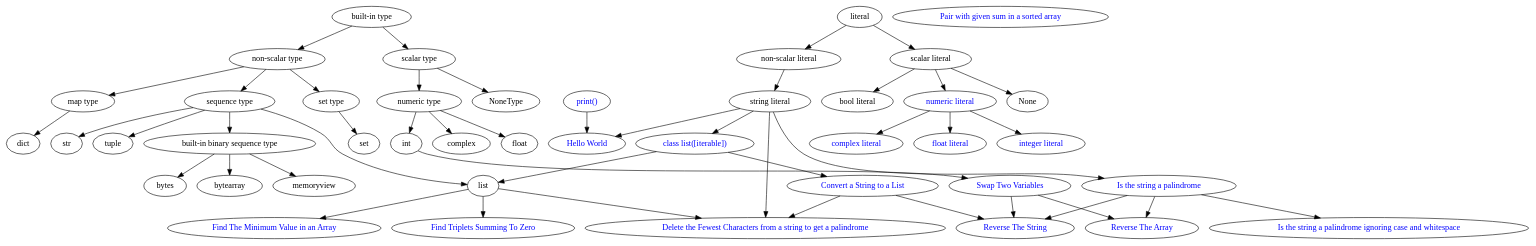
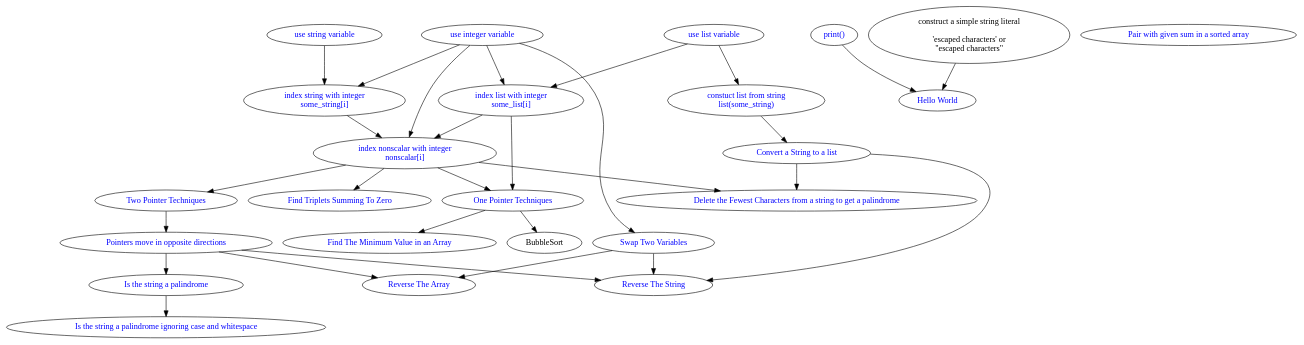
The diagram in .dsa-dependency-graph/dsa-dependency-graph.dot (pflagerd/python-language-feature-family-tree), drawn with Graphviz before and after one commit. The commit also changed 1 other file, not shown here.

```diff
--- a/.dsa-dependency-graph/dsa-dependency-graph.dot
+++ b/.dsa-dependency-graph/dsa-dependency-graph.dot
@@ -1,97 +1,72 @@
+#
+# An edge goes from A to B.
+# The edge and its nodes may be read as "You must know A before you can do B".
+# So <code>builtin_function_print -> HelloWorld</code> may be read "You must know (the print() built-in function) before you can do (HelloWorld)
+#
+#
 strict digraph {
-#    bool [label="bool"]
-#    binary_integer_literal [label="binary integer literal" href="https://docs.python.org/3/reference/lexical_analysis.html#:~:text=bininteger%20%20%20%3A%3A%3D%20%220%22%20(%22b%22%20%7C%20%22B%22)%20(%5B%22_%22%5D%20bindigit)%2B" target="_blank" fontcolor="blue"]
-    builtin_binary_sequence_type [label="built-in binary sequence type"]
-    builtin_class_list_constructor [label="class list([iterable])" href="https://docs.python.org/3/library/stdtypes.html#list" target="_blank" fontcolor="blue"]
+#    construct_list_from_iterable [label="variable([iterable])" href="https://docs.python.org/3/library/stdtypes.html#list" target="_blank" fontcolor="blue"]
+    construct_list_from_string [label="constuct list from string\nlist(some_string)" href="https://docs.python.org/3/library/stdtypes.html#list" target="_blank" fontcolor="blue"]
     builtin_function_print [label="print()" href="https://docs.python.org/3/library/stdtypes.html#list" target="_blank" fontcolor="blue"]
-    builtin_literal [label="literal"]
-    builtin_map_type [label="map type"]
-    builtin_nonscalar_literal [label="non-scalar literal"]
-    builtin_nonscalar_literal_string [label="string literal"]
-    builtin_nonscalar_type [label="non-scalar type"]
-    builtin_scalar_literal [label="scalar literal"]
-    builtin_scalar_literal_bool [label="bool literal"]
-    builtin_scalar_literal_numeric [label="numeric literal" href="https://docs.python.org/3/reference/lexical_analysis.html#numeric-literals" target="_blank" fontcolor="blue"]
-    builtin_scalar_literal_numeric_complex [label="complex literal" href="https://docs.python.org/3/reference/lexical_analysis.html#imaginary-literals" target="_blank" fontcolor="blue"]
-    builtin_scalar_literal_numeric_float [label="float literal" href="https://docs.python.org/3/reference/lexical_analysis.html#floating-point-literals" target="_blank" fontcolor="blue"]
-    builtin_scalar_literal_numeric_int [label="integer literal" href="https://docs.python.org/3/reference/lexical_analysis.html#integer-literals" target="_blank" fontcolor="blue"]
-    builtin_scalar_literal_None [label="None"]
-    builtin_scalar_type [label="scalar type"]
-    builtin_scalar_numeric_type [label="numeric type"]
-    builtin_sequence_type [label="sequence type"]
-    builtin_set_type [label="set type"]
-    builtin_type [label="built-in type"]
-    ConvertStringToList [label="Convert a String to a List" href="https://docs.python.org/3/reference/lexical_analysis.html#numeric-literals" target="_blank" fontcolor="blue"]
-    complex [label="complex"]
-#    decimal_integer_literal [label="decimal integer literal" href="https://docs.python.org/3/reference/lexical_analysis.html#:~:text=decinteger%20%20%20%3A%3A%3D%20nonzerodigit%20(%5B%22_%22%5D%20digit)*%20%7C%20%220%22%2B%20(%5B%22_%22%5D%20%220%22)*" target="_blank" fontcolor="blue"]
+    integer_variable [label="use integer variable" href="" target="_blank" fontcolor="blue"]
+    builtin_nonscalar_literal_unmodified_string [label="construct a simple string literal\n\n'escaped characters' or\n\"escaped characters\""]
+#    builtin_scalar_literal_bool [label="bool literal"]
+#    builtin_scalar_literal_numeric_float [label="float literal" href="https://docs.python.org/3/reference/lexical_analysis.html#floating-point-literals" target="_blank" fontcolor="blue"]
+#    builtin_scalar_literal_numeric_int [label="integer literal" href="https://docs.python.org/3/reference/lexical_analysis.html#integer-literals" target="_blank" fontcolor="blue"]
+#    builtin_scalar_literal_None [label="None"]
+#    builtin_map_type [label="map"]
+#    builtin_set_type [label="set"]
+    BubbleSort
+    ConvertStringToList [label="Convert a String to a list" href="https://docs.python.org/3/reference/lexical_analysis.html#numeric-literals" target="_blank" fontcolor="blue"]
+#    complex [label="complex"]
     DeleteFewestCharactersFromStringToGetPalindrome [label="Delete the Fewest Characters from a string to get a palindrome" href="./dsa/DeleteFewestCharactersFromStringToGetPalindrome" target="_blank" fontcolor="blue"]
-    float [label="float"]
+#    float [label="float"]
     FindTheMinimum [label="Find The Minimum Value in an Array" href="./dsa/FindTheMinimum/problem.html" target="_blank" fontcolor="blue"]
     FindTripletsSummingToZero [label="Find Triplets Summing To Zero" href="./dsa/FindTripletsSummingToZero/problem.html" target="_blank" fontcolor="blue"]
-    hello_world [label="Hello World" href="HelloWorld/problem.html" target="_blank" fontcolor="blue"]
-#    hexadecimal_integer_literal [label="hexadecimal integer literal" href="https://docs.python.org/3/reference/lexical_analysis.html#:~:text=hexinteger%20%20%20%3A%3A%3D%20%220%22%20(%22x%22%20%7C%20%22X%22)%20(%5B%22_%22%5D%20hexdigit)%2B" target="_blank" fontcolor="blue"]
-    int [label="int"]
+    HelloWorld [label="Hello World" href="HelloWorld/problem.html" target="_blank" fontcolor="blue"]
+    integer_indexing [label="index nonscalar with integer\nnonscalar[i]" href="" target="_blank" fontcolor="blue"]
     IsTheStringAPalindrome [label="Is the string a palindrome" href="./dsa/IsTheStringAPalindrome/problem.html" target="_blank" fontcolor="blue"]
     IsTheStringAPalindromeIgnoringCaseAndWhiteSpace [label="Is the string a palindrome ignoring case and whitespace" href="./dsa/IsTheStringAPalindromeIgnoringCaseAndWhiteSpace/problem.html" target="_blank" fontcolor="blue"]
-    NoneType [label="NoneType"]
-#    octal_integer_literal [label="octal integer literal" href="https://docs.python.org/3/reference/lexical_analysis.html#:~:text=octinteger%20%20%20%3A%3A%3D%20%220%22%20(%22o%22%20%7C%20%22O%22)%20(%5B%22_%22%5D%20octdigit)%2B" target="_blank" fontcolor="blue"]
+    list_integer_indexing [label="index list with integer\nsome_list[i]" href="" target="_blank" fontcolor="blue"]
+    list_variable [label="use list variable" href="" target="_blank" fontcolor="blue"]
+    one_pointer_techniques [label="One Pointer Techniques" href="" target="_blank" fontcolor="blue"]
     PairWithGivenSumInASortedArray [label="Pair with given sum in a sorted array" href="./dsa/PairWithGivenSumInASortedArray/problem.html" target="_blank" fontcolor="blue"]
+    pointers_move_in_opposite_directions [label="Pointers move in opposite directions" href="" target="_blank" fontcolor="blue"]
     ReverseTheArray [label="Reverse The Array" href="./dsa/ReverseTheArray/problem.html" target="_blank" fontcolor="blue"]
     ReverseTheString [label="Reverse The String" href="./dsa/ReverseTheString/problem.html" target="_blank" fontcolor="blue"]
     SwapTwoVariables [label="Swap Two Variables" href="./dsa/SwapTwoVariables/problem.html" target="_blank" fontcolor="blue"]
+    string_integer_indexing [label="index string with integer\nsome_string[i]" href="" target="_blank" fontcolor="blue"]
+    string_variable [label="use string variable" href="" target="_blank" fontcolor="blue"]
+    two_pointer_techniques [label="Two Pointer Techniques" href="" target="_blank" fontcolor="blue"]
 
-    builtin_binary_sequence_type -> bytes
-    builtin_binary_sequence_type -> bytearray
-    builtin_binary_sequence_type -> memoryview
-    builtin_class_list_constructor -> list
-    builtin_class_list_constructor -> ConvertStringToList
-    builtin_function_print -> hello_world
-    builtin_literal -> builtin_nonscalar_literal
-    builtin_literal -> builtin_scalar_literal
-    builtin_map_type -> dict
-    builtin_nonscalar_type -> builtin_sequence_type
-    builtin_nonscalar_type -> builtin_sequence_type
-    builtin_nonscalar_type -> builtin_set_type
-    builtin_nonscalar_type -> builtin_map_type
-    builtin_nonscalar_literal -> builtin_nonscalar_literal_string
-    builtin_nonscalar_literal_string -> builtin_class_list_constructor
-    builtin_nonscalar_literal_string -> DeleteFewestCharactersFromStringToGetPalindrome
-    builtin_nonscalar_literal_string -> hello_world
-    builtin_nonscalar_literal_string -> IsTheStringAPalindrome
-    builtin_scalar_literal -> builtin_scalar_literal_bool
-    builtin_scalar_literal -> builtin_scalar_literal_numeric
-    builtin_scalar_literal -> builtin_scalar_literal_None
-    builtin_scalar_literal_numeric -> builtin_scalar_literal_numeric_complex
-    builtin_scalar_literal_numeric -> builtin_scalar_literal_numeric_float
-    builtin_scalar_literal_numeric -> builtin_scalar_literal_numeric_int
-#    builtin_scalar_literal_numeric_int -> binary_integer_literal
-#    builtin_scalar_literal_numeric_int -> decimal_integer_literal
-#    builtin_scalar_literal_numeric_int -> hexadecimal_integer_literal
-#    builtin_scalar_literal_numeric_int -> octal_integer_literal
-    builtin_scalar_numeric_type -> complex
-    builtin_scalar_numeric_type -> float
-    builtin_scalar_numeric_type -> int
-#    builtin_scalar_type -> bool
-    builtin_scalar_type -> builtin_scalar_numeric_type
-    builtin_scalar_type -> NoneType
-    builtin_sequence_type -> list
-#    builtin_sequence_type -> range
-    builtin_sequence_type -> str
-    builtin_sequence_type -> tuple
-    builtin_sequence_type -> builtin_binary_sequence_type
-    builtin_set_type -> set
-#    builtin_set_type -> frozenset
-    builtin_type -> builtin_scalar_type
-    builtin_type -> builtin_nonscalar_type
+    construct_list_from_string -> ConvertStringToList
+    builtin_function_print -> HelloWorld
+    builtin_nonscalar_literal_unmodified_string -> HelloWorld
     ConvertStringToList -> DeleteFewestCharactersFromStringToGetPalindrome
     ConvertStringToList -> ReverseTheString
-    int -> SwapTwoVariables
-    IsTheStringAPalindrome -> ReverseTheArray
-    IsTheStringAPalindrome -> ReverseTheString
+    integer_indexing -> one_pointer_techniques
+    integer_indexing -> two_pointer_techniques
+    integer_indexing -> two_pointer_techniques
+    integer_indexing -> DeleteFewestCharactersFromStringToGetPalindrome
+    integer_indexing -> FindTripletsSummingToZero
+    integer_variable -> integer_indexing
+    integer_variable -> list_integer_indexing
+    integer_variable -> string_integer_indexing
+    integer_variable -> SwapTwoVariables
     IsTheStringAPalindrome -> IsTheStringAPalindromeIgnoringCaseAndWhiteSpace
-    list -> DeleteFewestCharactersFromStringToGetPalindrome
-    list -> FindTheMinimum
-    list -> FindTripletsSummingToZero
+    list_variable -> construct_list_from_string
+    list_variable -> list_integer_indexing
+    list_integer_indexing -> integer_indexing
+    list_integer_indexing -> one_pointer_techniques
+    list_integer_indexing -> integer_indexing
+    one_pointer_techniques -> FindTheMinimum
+    one_pointer_techniques -> BubbleSort
+    pointers_move_in_opposite_directions -> IsTheStringAPalindrome
+    pointers_move_in_opposite_directions -> ReverseTheArray
+    pointers_move_in_opposite_directions -> ReverseTheString
+    string_integer_indexing -> integer_indexing
+    string_variable -> string_integer_indexing
     SwapTwoVariables -> ReverseTheArray
     SwapTwoVariables -> ReverseTheString
+    two_pointer_techniques -> pointers_move_in_opposite_directions
 }
```
